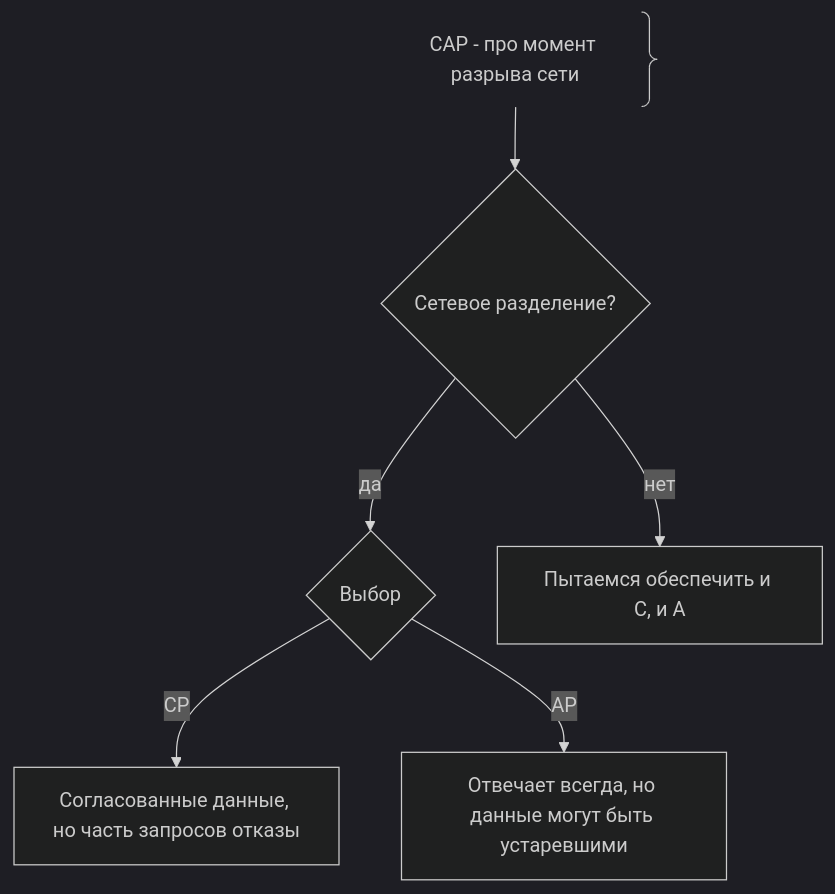
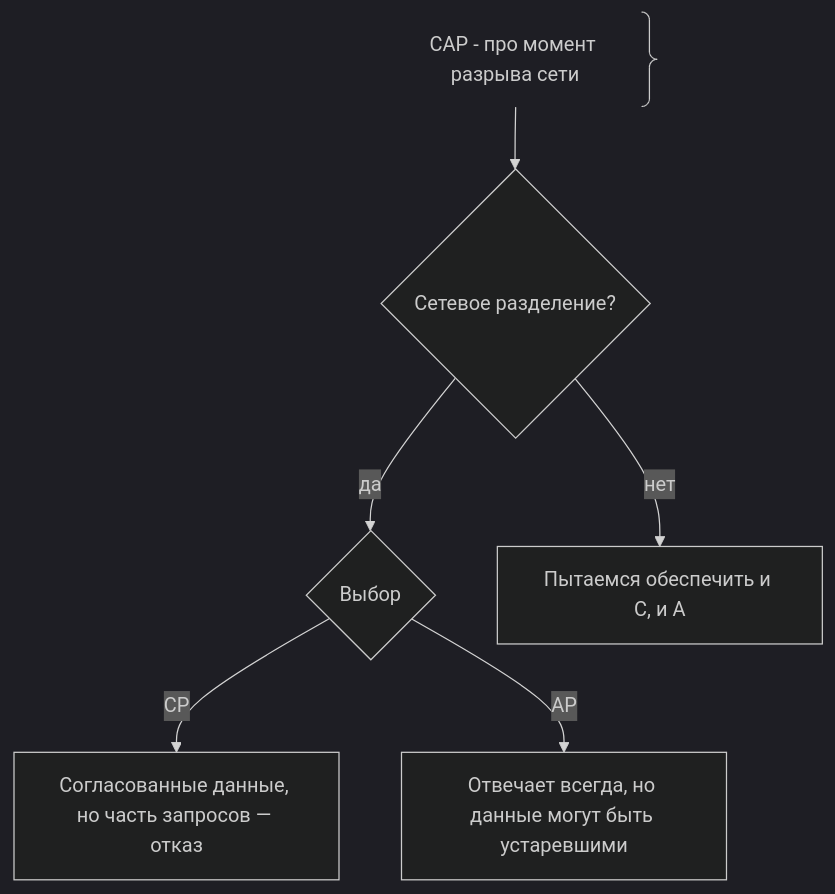
Before and after one commit to Groghrus/fullstack-core: the first of 2 diagrams in packages/content/themes/07-raspredelennye-sistemy/cap-theorem.md, drawn with Mermaid (dark theme). The commit also changed other lines of this file and 32 other files, not shown here.

````diff
--- a/packages/content/themes/07-raspredelennye-sistemy/cap-theorem.md
+++ b/packages/content/themes/07-raspredelennye-sistemy/cap-theorem.md
@@ -47,9 +47,9 @@
 ```mermaid
 flowchart TD
     A[Распределённая система] --> B{Сетевое разделение?}
     B -->|да| C{Выбор}
-    C -->|CP| D[Согласованные данные, но часть запросов отказы]
+    C -->|CP| D[Согласованные данные, но часть запросов — отказ]
     C -->|AP| E[Отвечает всегда, но данные могут быть устаревшими]
     B -->|нет| F[Пытаемся обеспечить и С, и A]
     A@{ shape: brace-r, label: "CAP - про момент разрыва сети" }
 ```
````
